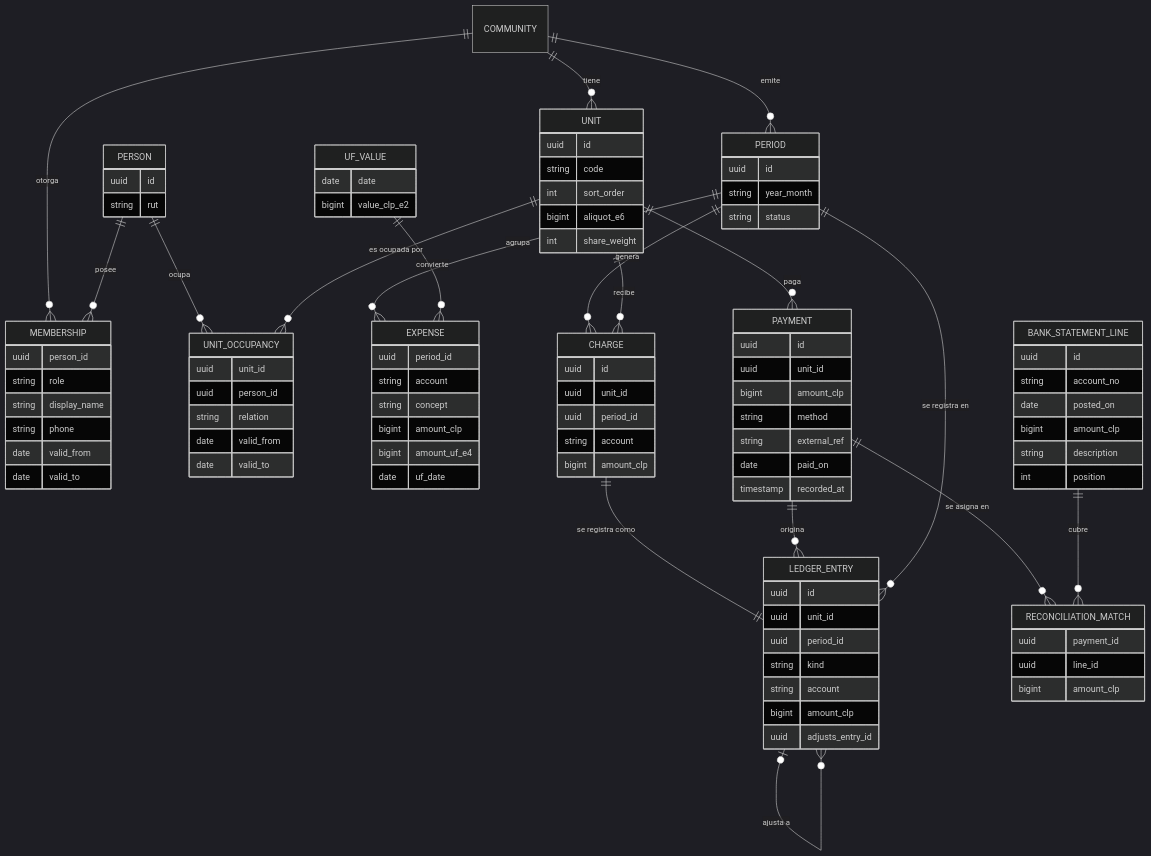
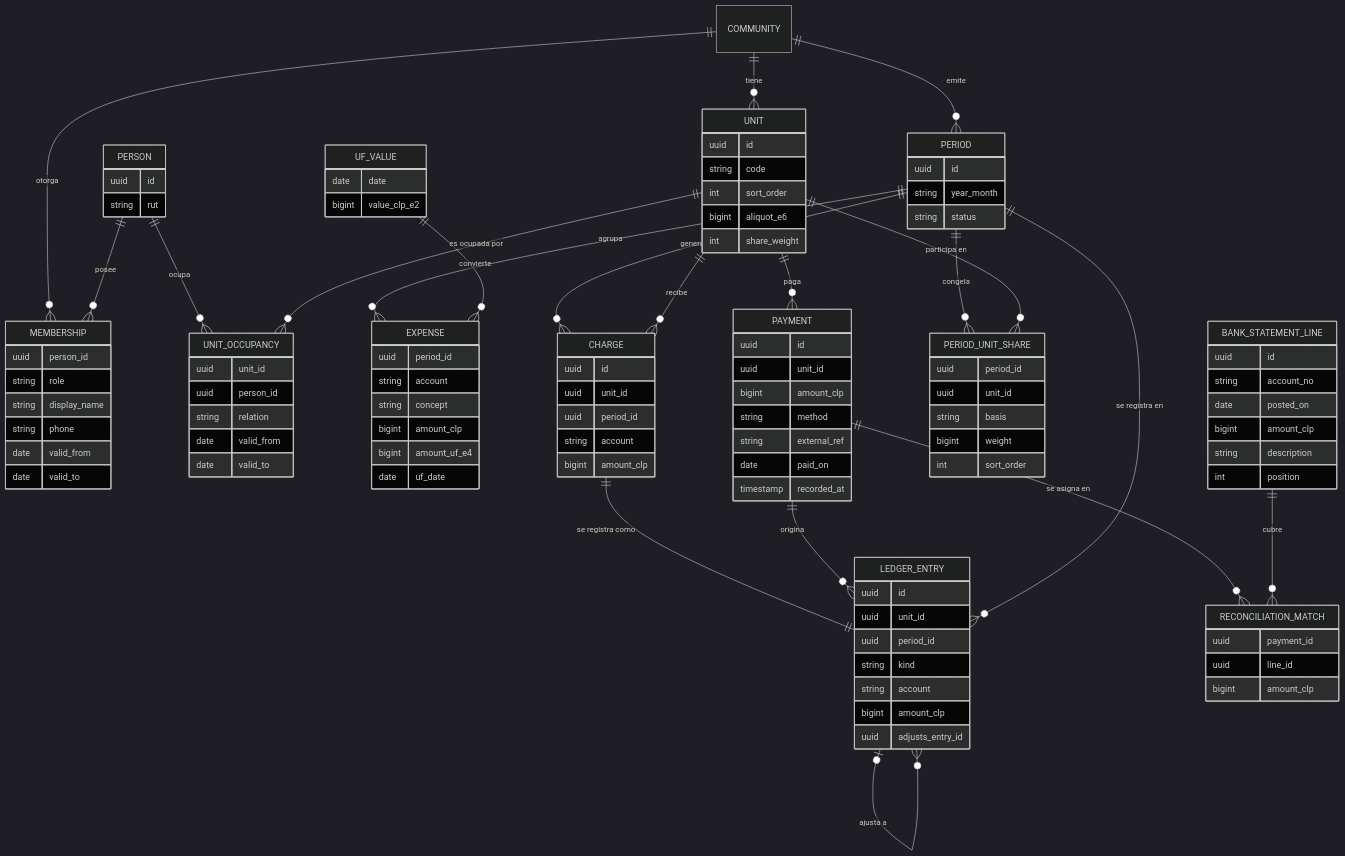
The second of 2 diagrams in docs/arquitectura.md (misterexcel/ComVive), drawn with Mermaid (dark theme) before and after one commit. The commit also changed other lines of this file and 9 other files, not shown here.

First line of the commit message:
docs: add user map, IA and MVP flows; revise common expense spec

````diff
--- a/docs/arquitectura.md
+++ b/docs/arquitectura.md
@@ -101,33 +103,36 @@
 ```mermaid
 erDiagram
   COMMUNITY ||--o{ UNIT : tiene
   COMMUNITY ||--o{ MEMBERSHIP : otorga
   PERSON ||--o{ MEMBERSHIP : posee
   PERSON ||--o{ UNIT_OCCUPANCY : ocupa
   UNIT ||--o{ UNIT_OCCUPANCY : "es ocupada por"
   COMMUNITY ||--o{ PERIOD : emite
   PERIOD ||--o{ EXPENSE : agrupa
   PERIOD ||--o{ CHARGE : genera
   UNIT ||--o{ CHARGE : recibe
   UNIT ||--o{ PAYMENT : paga
   CHARGE ||--|| LEDGER_ENTRY : "se registra como"
   PAYMENT ||--o{ LEDGER_ENTRY : origina
   PERIOD ||--o{ LEDGER_ENTRY : "se registra en"
   LEDGER_ENTRY o|--o{ LEDGER_ENTRY : "ajusta a"
   UF_VALUE ||--o{ EXPENSE : convierte
+  PERIOD ||--o{ PERIOD_UNIT_SHARE : "congela"
+  UNIT ||--o{ PERIOD_UNIT_SHARE : "participa en"
   PAYMENT ||--o{ RECONCILIATION_MATCH : "se asigna en"
   BANK_STATEMENT_LINE ||--o{ RECONCILIATION_MATCH : "cubre"
 
   UNIT { uuid id  string code  int sort_order  bigint aliquot_e6  int share_weight }
   PERSON { uuid id  string rut }
   MEMBERSHIP { uuid person_id  string role  string display_name  string phone  date valid_from  date valid_to }
   UNIT_OCCUPANCY { uuid unit_id  uuid person_id  string relation  date valid_from  date valid_to }
   PERIOD { uuid id  string year_month  string status }
+  PERIOD_UNIT_SHARE { uuid period_id  uuid unit_id  string basis  bigint weight  int sort_order }
   EXPENSE { uuid period_id  string account  string concept  bigint amount_clp  bigint amount_uf_e4  date uf_date }
   CHARGE { uuid id  uuid unit_id  uuid period_id  string account  bigint amount_clp }
   PAYMENT { uuid id  uuid unit_id  bigint amount_clp  string method  string external_ref  date paid_on  timestamp recorded_at }
   LEDGER_ENTRY { uuid id  uuid unit_id  uuid period_id  string kind  string account  bigint amount_clp  uuid adjusts_entry_id }
   UF_VALUE { date date  bigint value_clp_e2 }
   BANK_STATEMENT_LINE { uuid id  string account_no  date posted_on  bigint amount_clp  string description  int position }
   RECONCILIATION_MATCH { uuid payment_id  uuid line_id  bigint amount_clp }
 ```
````
